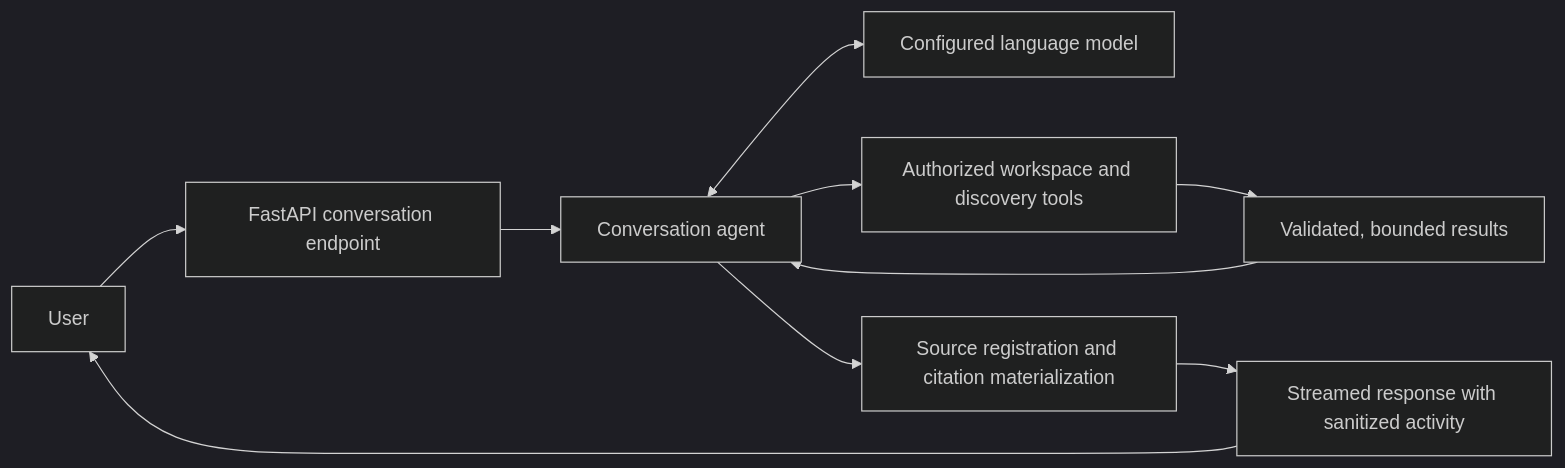
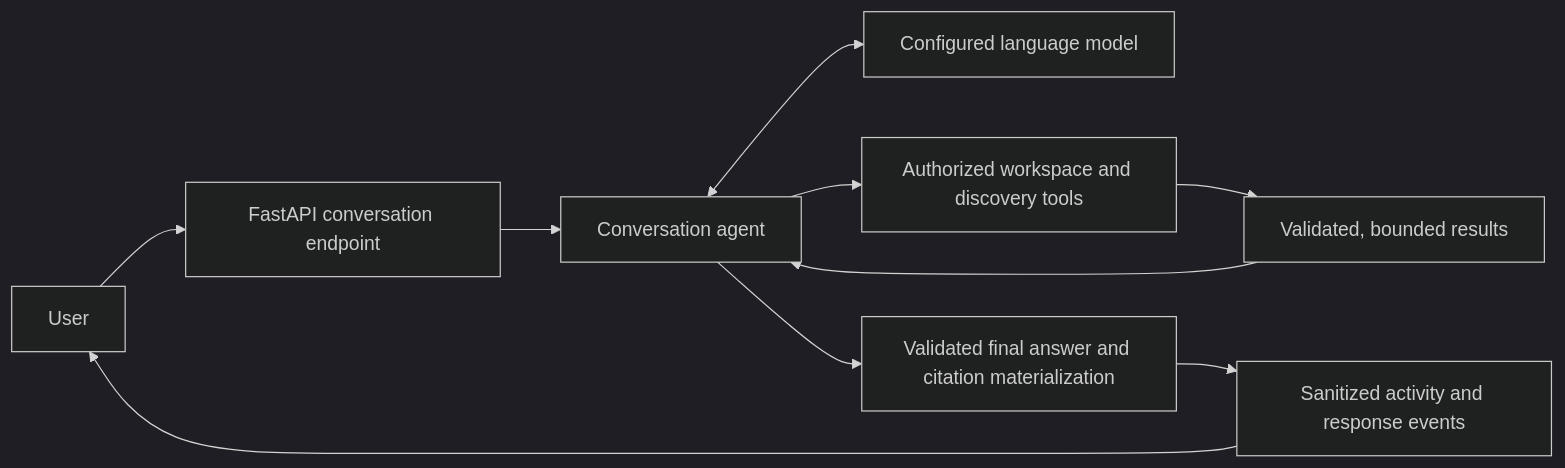
The diagram in server/README.md (EricSanchezok/scholens), drawn with Mermaid (dark theme) before and after one commit. The commit also changed other lines of this file and 24 other files, not shown here.

````diff
--- a/server/README.md
+++ b/server/README.md
@@ -546,12 +554,12 @@
 ```mermaid
 flowchart LR
     U["User"] --> API["FastAPI conversation endpoint"]
     API --> A["Conversation agent"]
     A <--> LLM["Configured language model"]
     A --> T["Authorized workspace and discovery tools"]
     T --> S["Validated, bounded results"]
     S --> A
-    A --> C["Source registration and citation materialization"]
-    C --> R["Streamed response with sanitized activity"]
+    A --> C["Validated final answer and citation materialization"]
+    C --> R["Sanitized activity and response events"]
     R --> U
 ```
````
